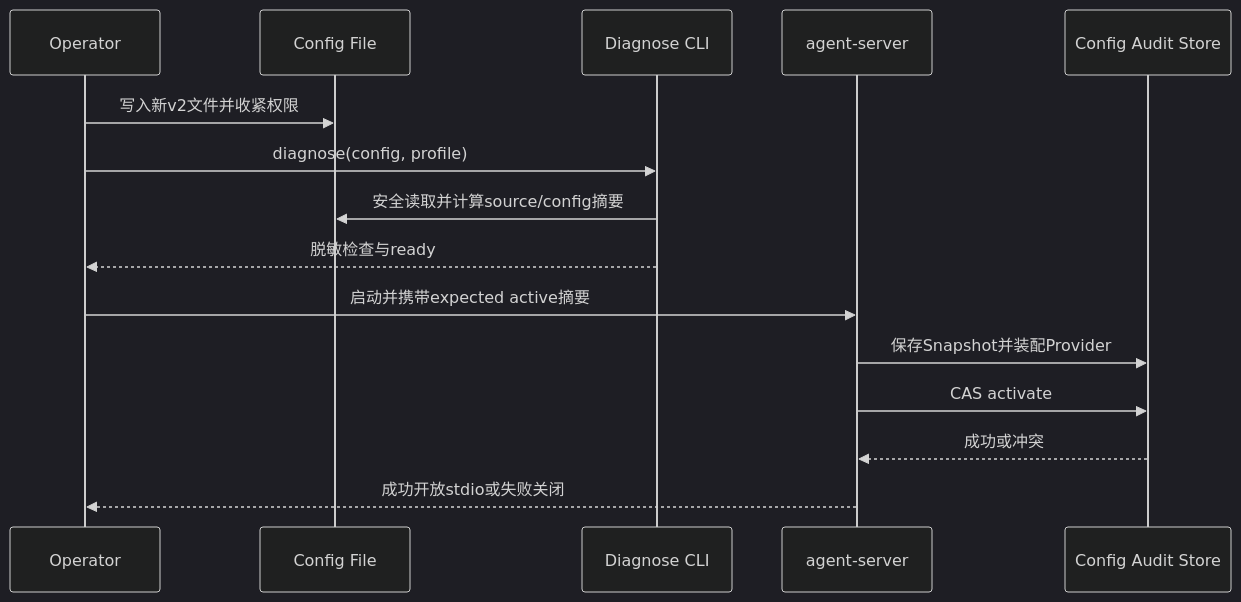
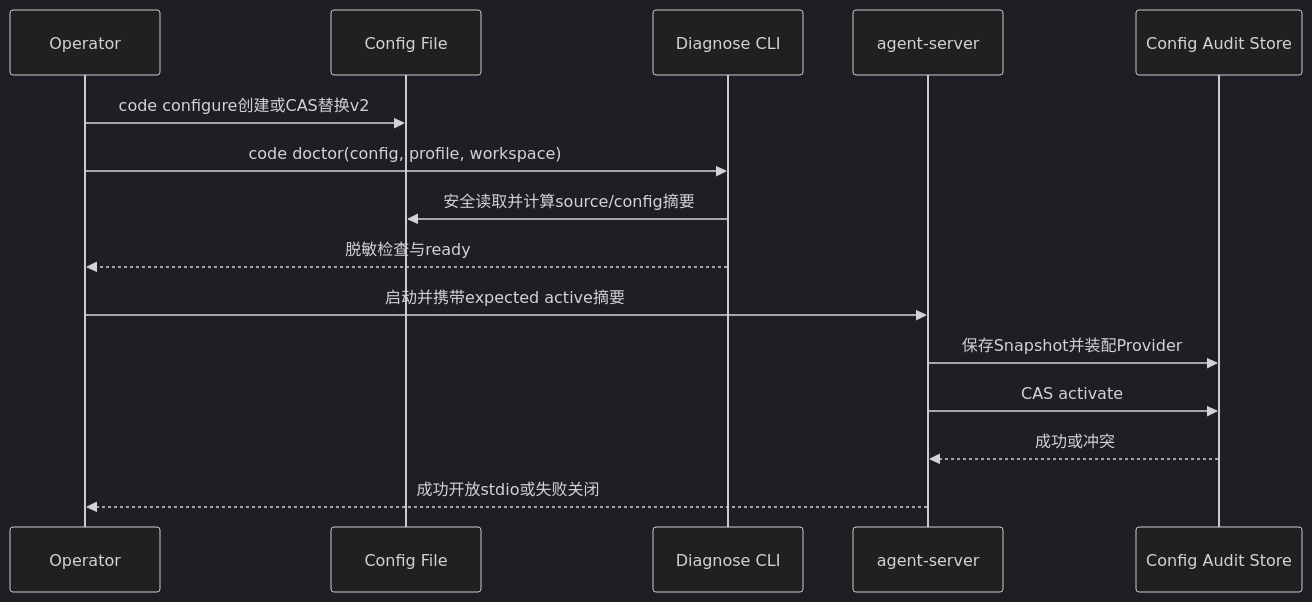
The second of 2 diagrams in docs/operations/configuration.md (carrie1988/Harnessix), drawn with Mermaid (dark theme) before and after one commit. The commit also changed other lines of this file and 18 other files, not shown here.

````diff
--- a/docs/operations/configuration.md
+++ b/docs/operations/configuration.md
@@ -276,17 +279,17 @@
 ```mermaid
 sequenceDiagram
     participant O as Operator
     participant F as Config File
     participant D as Diagnose CLI
     participant S as agent-server
     participant A as Config Audit Store
-    O->>F: 写入新v2文件并收紧权限
-    O->>D: diagnose(config, profile)
+    O->>F: code configure创建或CAS替换v2
+    O->>D: code doctor(config, profile, workspace)
     D->>F: 安全读取并计算source/config摘要
     D-->>O: 脱敏检查与ready
     O->>S: 启动并携带expected active摘要
     S->>A: 保存Snapshot并装配Provider
     S->>A: CAS activate
     A-->>S: 成功或冲突
     S-->>O: 成功开放stdio或失败关闭
 ```
````
